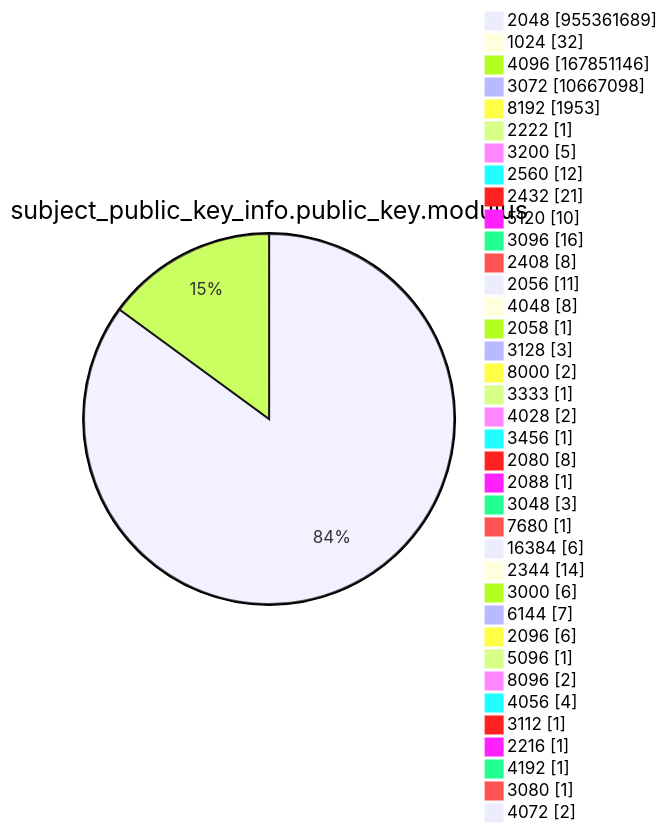
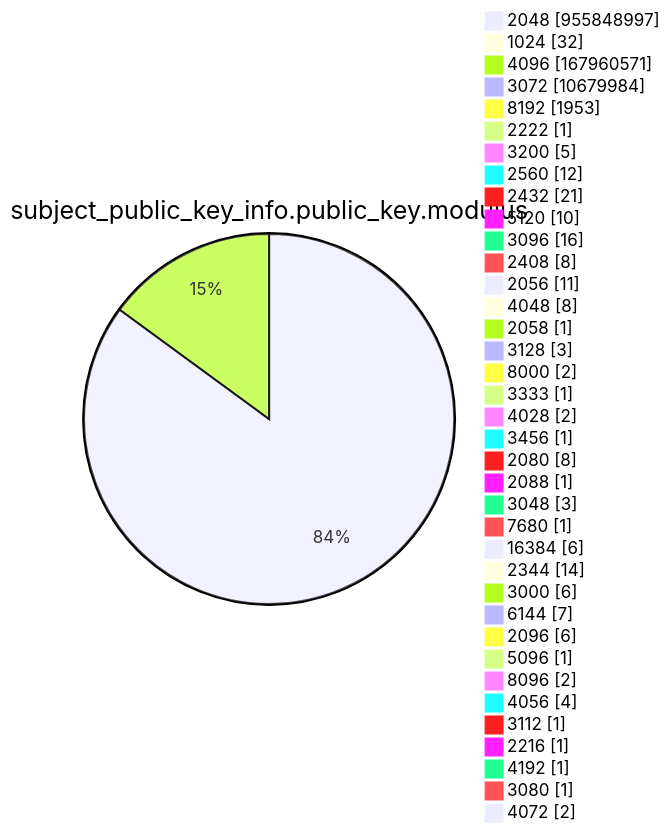
Before and after one commit to christiankrug/ctmonitor_visualization: diagram 13 of 15 in argon2022/README.md, drawn with Mermaid. The commit also changed other lines of this file, not shown here.

````diff
--- a/argon2022/README.md
+++ b/argon2022/README.md
@@ -3585,41 +3586,41 @@
 ```mermaid
 pie showData
 title subject_public_key_info.public_key.modulus
-"2048" :955361689
+"2048" :955848997
 "1024" :32
-"4096" :167851146
-"3072" :10667098
+"4096" :167960571
+"3072" :10679984
 "8192" :1953
 "2222" :1
 "3200" :5
 "2560" :12
 "2432" :21
 "5120" :10
 "3096" :16
 "2408" :8
 "2056" :11
 "4048" :8
 "2058" :1
 "3128" :3
 "8000" :2
 "3333" :1
 "4028" :2
 "3456" :1
 "2080" :8
 "2088" :1
 "3048" :3
 "7680" :1
 "16384" :6
 "2344" :14
 "3000" :6
 "6144" :7
 "2096" :6
 "5096" :1
 "8096" :2
 "4056" :4
 "3112" :1
 "2216" :1
 "4192" :1
 "3080" :1
 "4072" :2
 ```
````
